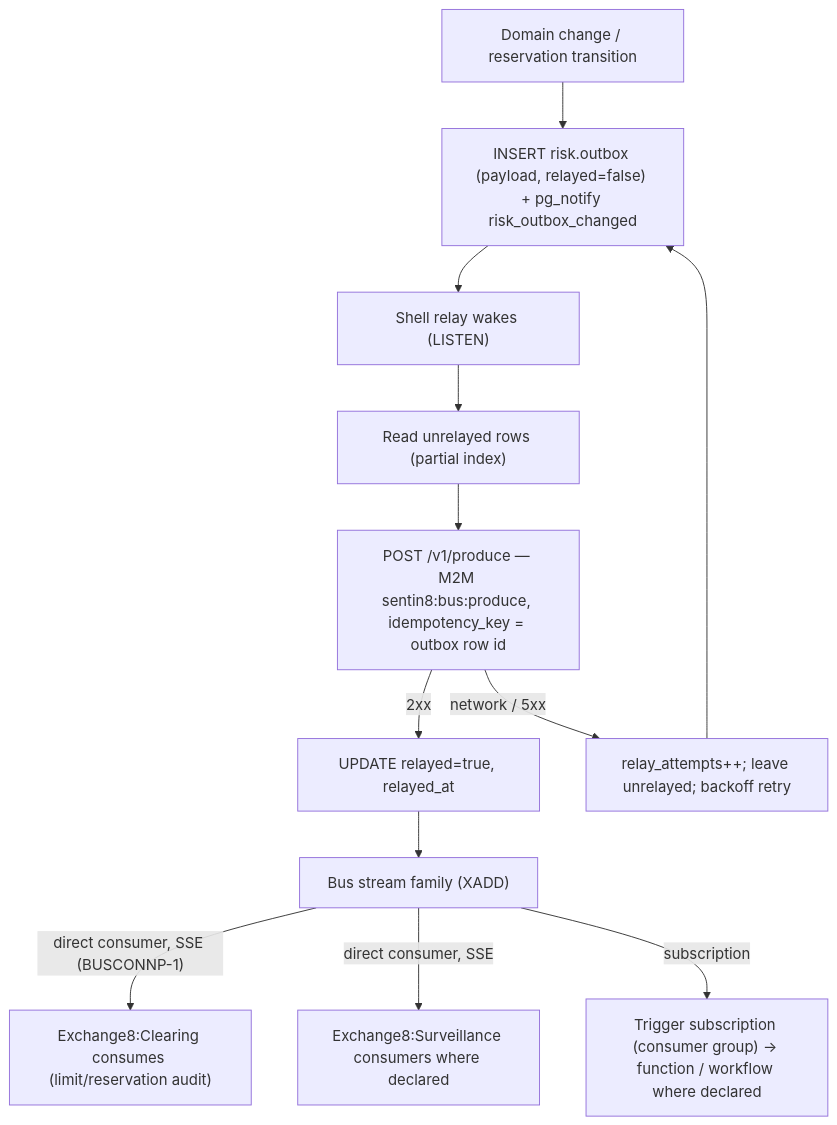
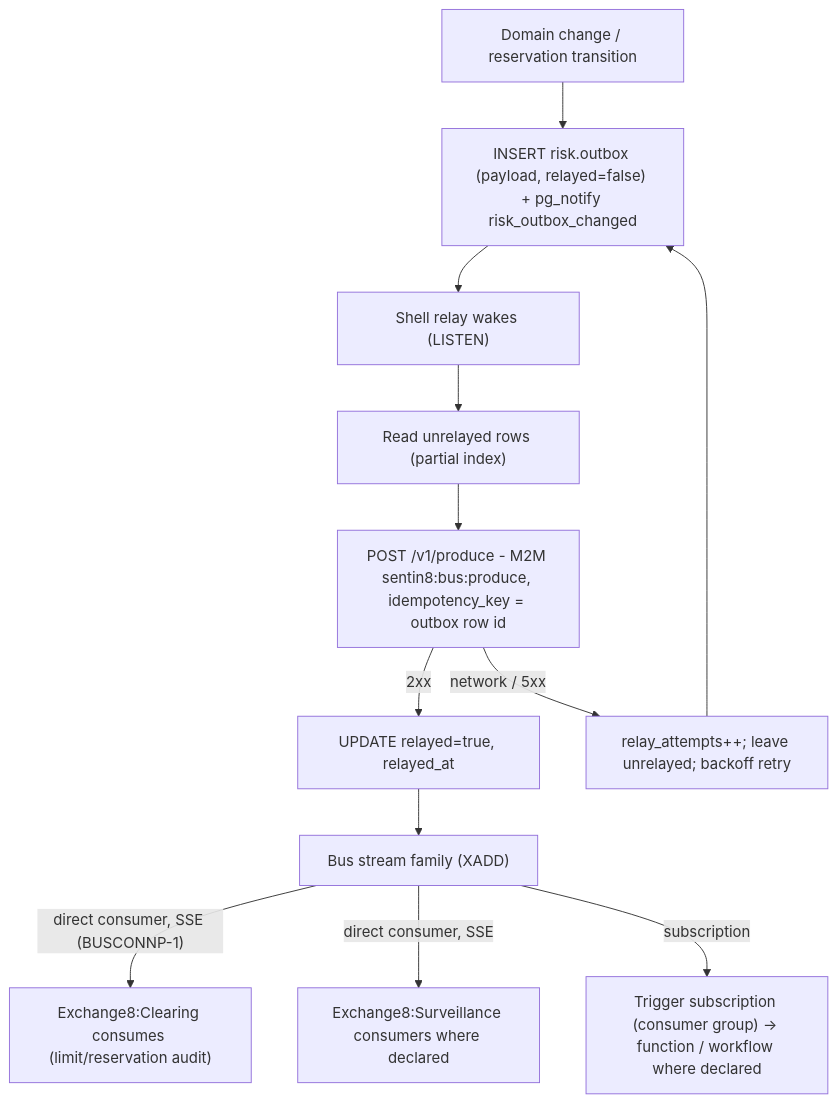
The tenth of 14 diagrams in DESIGN.md (Exchange8-dev/exchange8-risk), drawn with Mermaid before and after one commit. The commit also changed other lines of this file and 17 other files, not shown here.

````diff
--- a/DESIGN.md
+++ b/DESIGN.md
@@ -387,14 +387,14 @@
 ```mermaid
 flowchart TD
     A["Domain change / reservation transition"] --> B["INSERT risk.outbox (payload, relayed=false) + pg_notify risk_outbox_changed"]
     B --> C["Shell relay wakes (LISTEN)"]
     C --> D["Read unrelayed rows (partial index)"]
-    D --> E["POST /v1/produce — M2M sentin8:bus:produce, idempotency_key = outbox row id"]
+    D --> E["POST /v1/produce - M2M sentin8:bus:produce, idempotency_key = outbox row id"]
     E -->|2xx| F["UPDATE relayed=true, relayed_at"]
     E -->|network / 5xx| G["relay_attempts++; leave unrelayed; backoff retry"]
     G --> B
     F --> H["Bus stream family (XADD)"]
     H -->|"direct consumer, SSE (BUSCONNP-1)"| I1["Exchange8:Clearing consumes (limit/reservation audit)"]
     H -->|direct consumer, SSE| I2["Exchange8:Surveillance consumers where declared"]
     H -->|subscription| I3["Trigger subscription (consumer group) → function / workflow where declared"]
 ```
````
